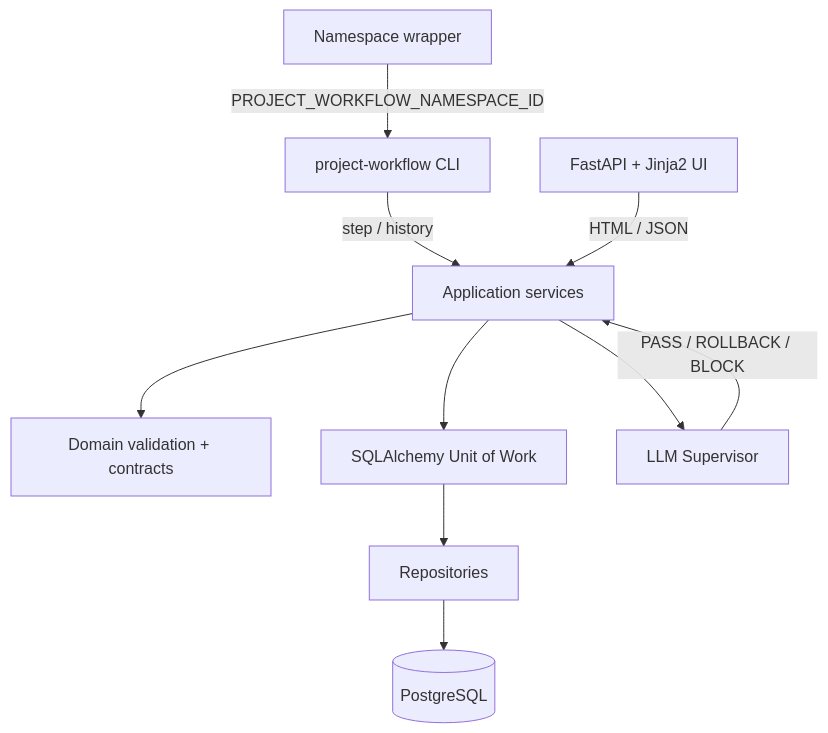
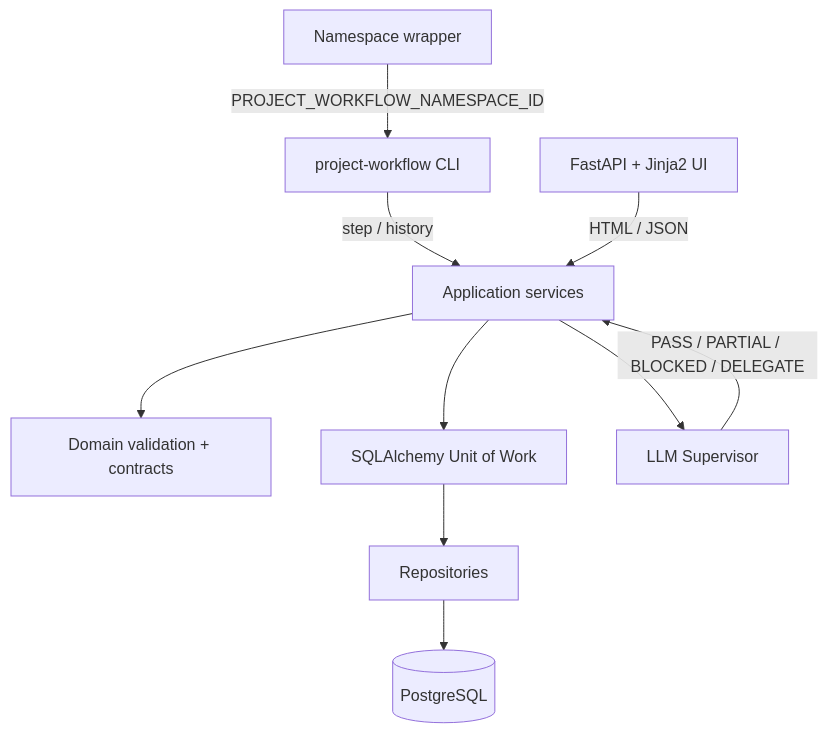
One commit to FerrPOINT/project-workflow changed the diagram in README.md. Above: the diagram before and after it, drawn with Mermaid. The commit also changed other lines of this file and 40 other files, not shown here.

````diff
--- a/README.md
+++ b/README.md
@@ -428,12 +427,12 @@
 ```mermaid
 flowchart TD
     CLI[project-workflow CLI] -->|step / history| App[Application services]
     Wrap[Namespace wrapper] -->|PROJECT_WORKFLOW_NAMESPACE_ID| CLI
     UI[FastAPI + Jinja2 UI] -->|HTML / JSON| App
     App --> Domain[Domain validation + contracts]
     App --> UoW[SQLAlchemy Unit of Work]
     UoW --> Repo[Repositories]
     Repo --> DB[(PostgreSQL)]
     App --> Supervisor[LLM Supervisor]
-    Supervisor -->|PASS / ROLLBACK / BLOCK| App
+    Supervisor -->|PASS / PARTIAL / BLOCKED / DELEGATE| App
 ```
````
